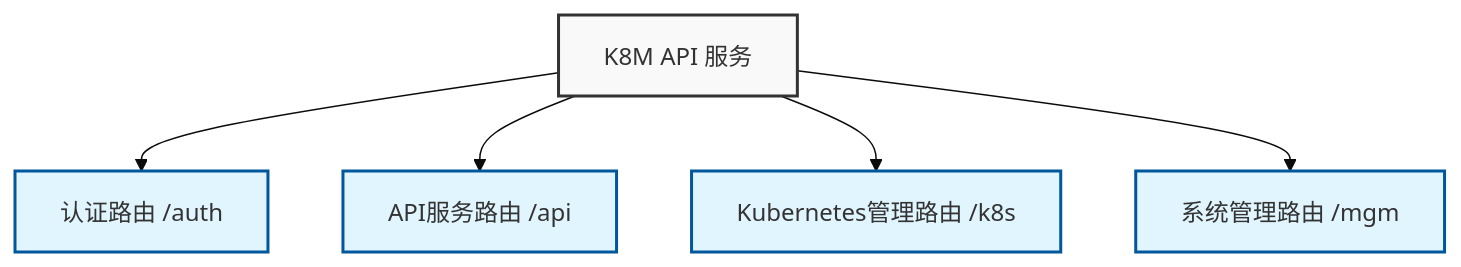
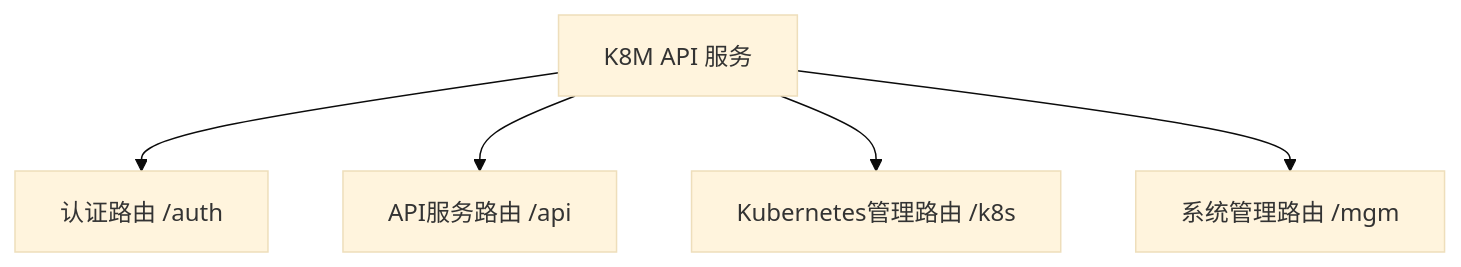
One commit to weibaohui/k8m changed the first of 5 diagrams in docs/route_structure.md. Above: the diagram before and after it, drawn with Mermaid (base theme). The commit also changed other lines of this file, not shown here.

````diff
--- a/docs/route_structure.md
+++ b/docs/route_structure.md
@@ -5,15 +5,8 @@
 ```mermaid
 graph TD
     A[K8M API 服务] --> B[认证路由 /auth]
     A --> C[API服务路由 /api]
     A --> D[Kubernetes管理路由 /k8s]
     A --> E[系统管理路由 /mgm]
 
-    %% 样式设置
-    classDef default fill:#f9f9f9,stroke:#333,stroke-width:2px;
-    classDef route fill:#e1f5fe,stroke:#01579b,stroke-width:2px;
-
-    %% 应用样式
-    class A default;
-    class B,C,D,E route;
 ```
````
